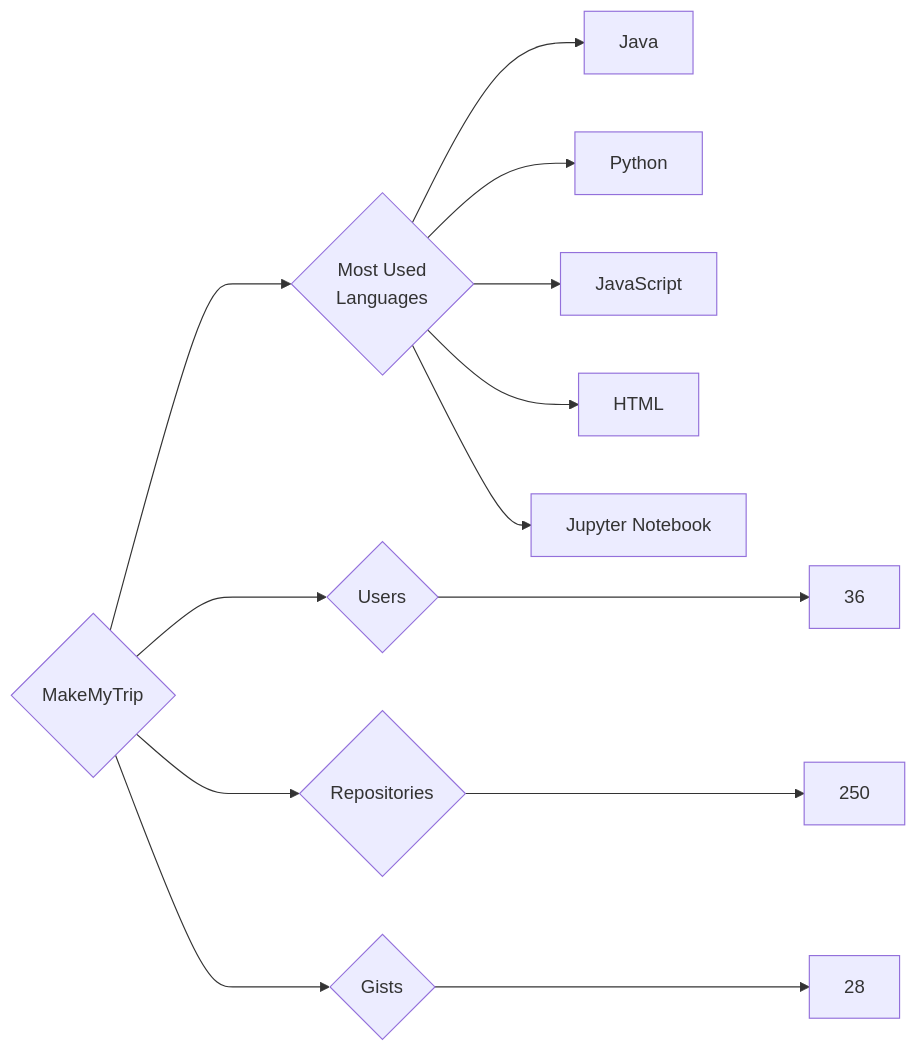
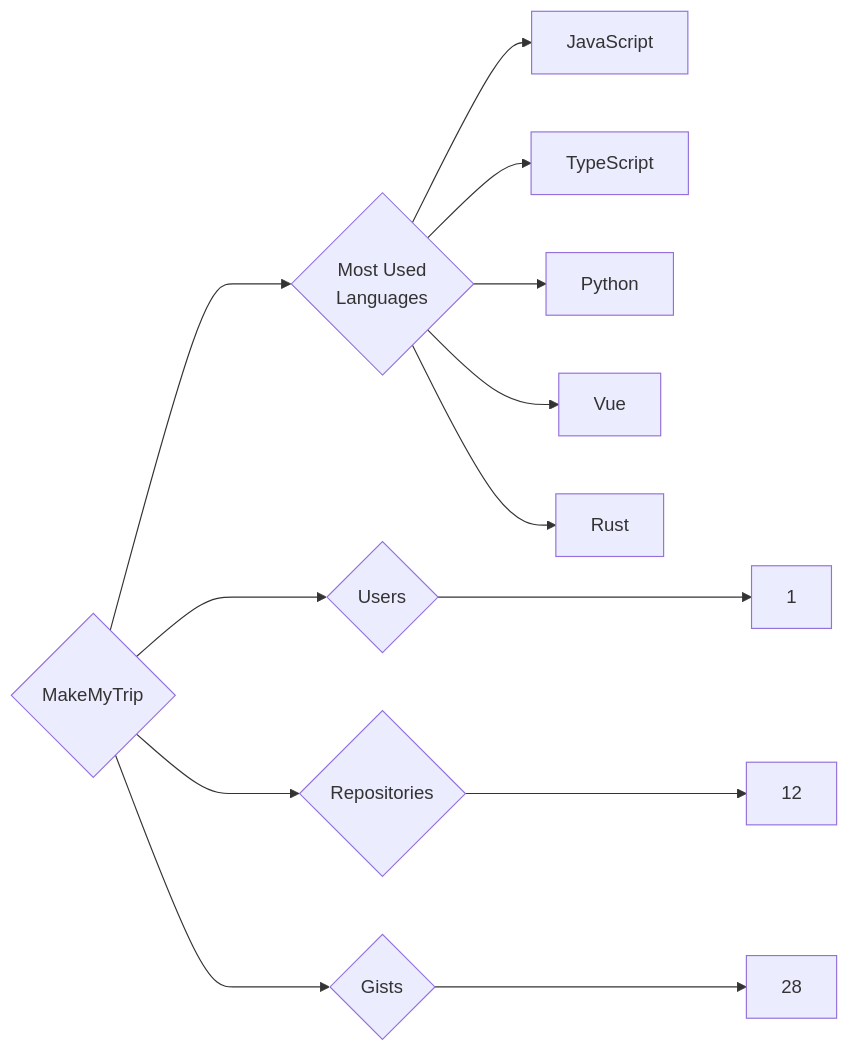
One commit to trickest/insiders changed the diagram in targets/MakeMyTrip/README.md. Above: the diagram before and after it, drawn with Mermaid. The commit also changed 629 other files, not shown here.

````diff
--- a/targets/MakeMyTrip/README.md
+++ b/targets/MakeMyTrip/README.md
@@ -3,13 +3,13 @@
 ```mermaid
 graph LR
 COMPANY_NAME{MakeMyTrip}
-COMPANY_NAME ---> U{Users} ---> UN[36]
-COMPANY_NAME ---> R{Repositories} ---> RN[250]
+COMPANY_NAME ---> U{Users} ---> UN[1]
+COMPANY_NAME ---> R{Repositories} ---> RN[12]
 COMPANY_NAME ---> G{Gists} ---> GN[28]
 COMPANY_NAME ---> ML{Most Used<br>Languages}
-ML --> Java[Java]
+ML --> JavaScript[JavaScript]
+ML --> TypeScript[TypeScript]
 ML --> Python[Python]
-ML --> JavaScript[JavaScript]
-ML --> HTML[HTML]
-ML --> Jupyter_Notebook[Jupyter Notebook]
+ML --> Vue[Vue]
+ML --> Rust[Rust]
 ```
````
